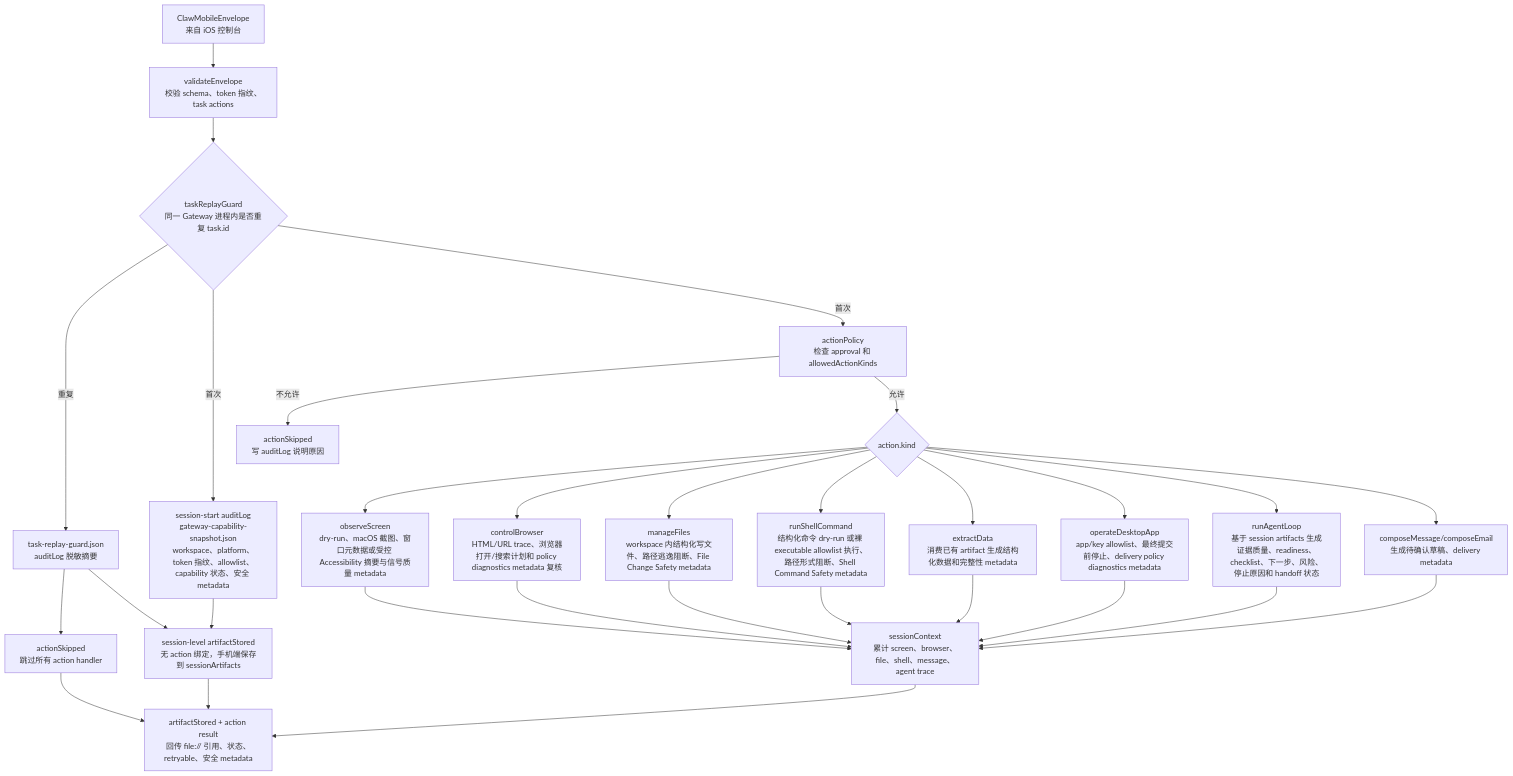
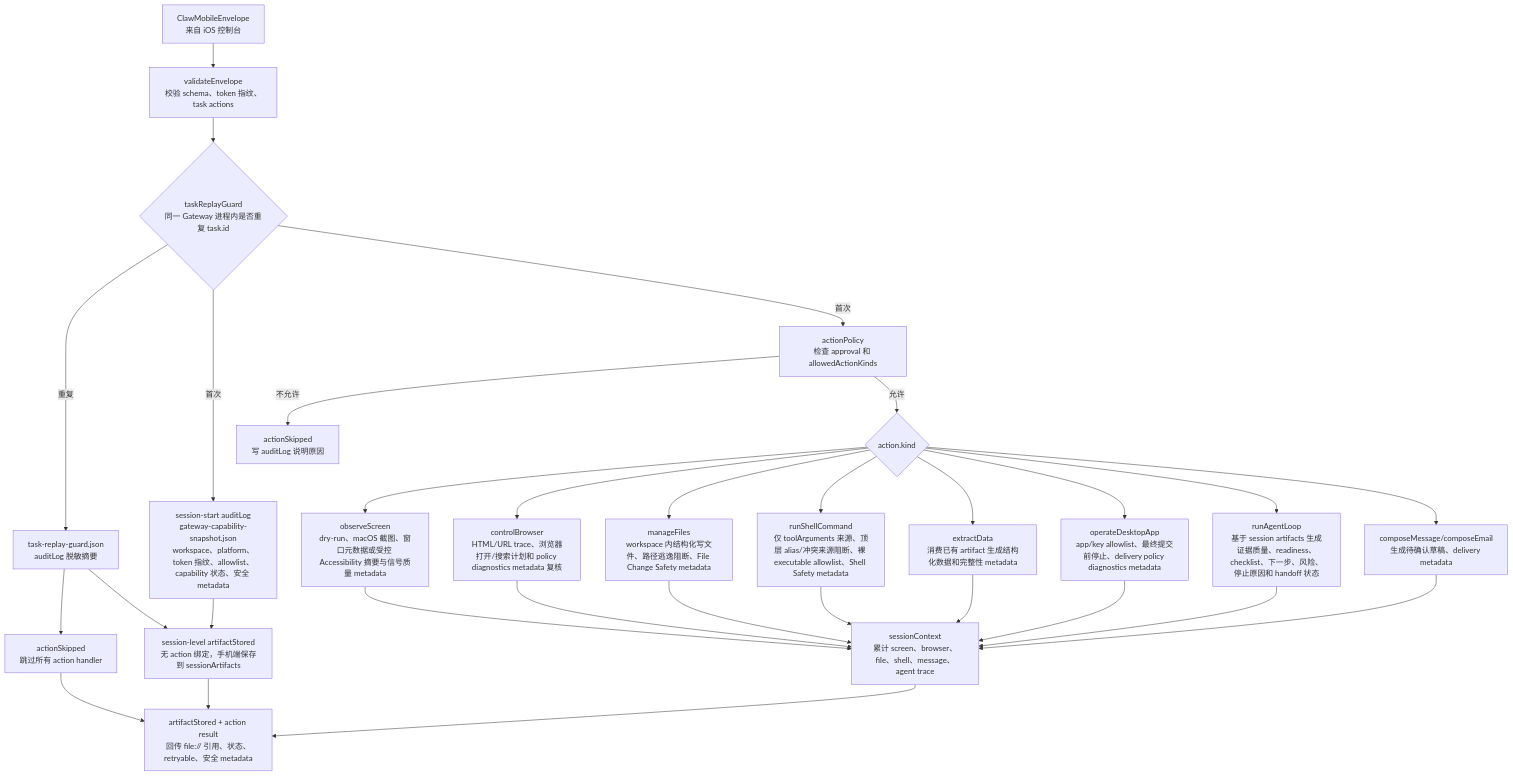
One commit to Altman-sam114/115 changed the second of 3 diagrams in md/flow/flowchart.md. Above: the diagram before and after it, drawn with Mermaid. The commit also changed 13 other files, not shown here.

````diff
--- a/md/flow/flowchart.md
+++ b/md/flow/flowchart.md
@@ -74,32 +74,32 @@
 ```mermaid
 flowchart TD
   ENV["ClawMobileEnvelope<br/>来自 iOS 控制台"] --> VAL["validateEnvelope<br/>校验 schema、token 指纹、task actions"]
   VAL --> REPLAY{"taskReplayGuard<br/>同一 Gateway 进程内是否重复 task.id"}
   REPLAY -->|"重复"| RG["task-replay-guard.json<br/>auditLog 脱敏摘要"]
   RG --> RGS["actionSkipped<br/>跳过所有 action handler"]
   RG --> SOUT
   RGS --> OUT
   REPLAY -->|"首次"| SNAP["session-start auditLog<br/>gateway-capability-snapshot.json<br/>workspace、platform、token 指纹、allowlist、capability 状态、安全 metadata"]
   REPLAY -->|"首次"| POL["actionPolicy<br/>检查 approval 和 allowedActionKinds"]
   POL -->|不允许| SKIP["actionSkipped<br/>写 auditLog 说明原因"]
   POL -->|允许| KIND{"action.kind"}
   KIND --> OBS["observeScreen<br/>dry-run、macOS 截图、窗口元数据或受控 Accessibility 摘要与信号质量 metadata"]
   KIND --> BRO["controlBrowser<br/>HTML/URL trace、浏览器打开/搜索计划和 policy diagnostics metadata 复核"]
   KIND --> FILE["manageFiles<br/>workspace 内结构化写文件、路径逃逸阻断、File Change Safety metadata"]
-  KIND --> SH["runShellCommand<br/>结构化命令 dry-run 或裸 executable allowlist 执行、路径形式阻断、Shell Command Safety metadata"]
+  KIND --> SH["runShellCommand<br/>仅 toolArguments 来源、顶层 alias/冲突来源阻断、裸 executable allowlist、Shell Safety metadata"]
   KIND --> EXT["extractData<br/>消费已有 artifact 生成结构化数据和完整性 metadata"]
   KIND --> APP["operateDesktopApp<br/>app/key allowlist、最终提交前停止、delivery policy diagnostics metadata"]
   KIND --> AG["runAgentLoop<br/>基于 session artifacts 生成证据质量、readiness、checklist、下一步、风险、停止原因和 handoff 状态"]
   KIND --> MSG["composeMessage/composeEmail<br/>生成待确认草稿、delivery metadata"]
   OBS --> CTX["sessionContext<br/>累计 screen、browser、file、shell、message、agent trace"]
   BRO --> CTX
   FILE --> CTX
   SH --> CTX
   EXT --> CTX
   APP --> CTX
   AG --> CTX
   MSG --> CTX
   SNAP --> SOUT["session-level artifactStored<br/>无 action 绑定，手机端保存到 sessionArtifacts"]
   CTX --> OUT["artifactStored + action result<br/>回传 file:// 引用、状态、retryable、安全 metadata"]
   SOUT --> OUT
 ```
````
